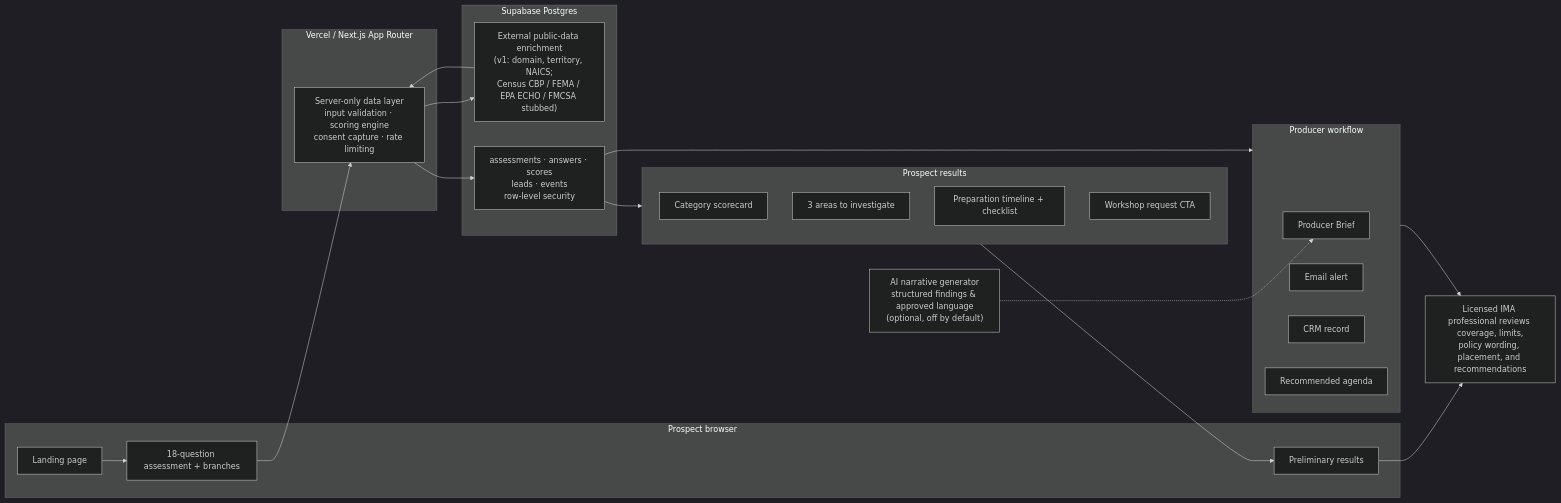
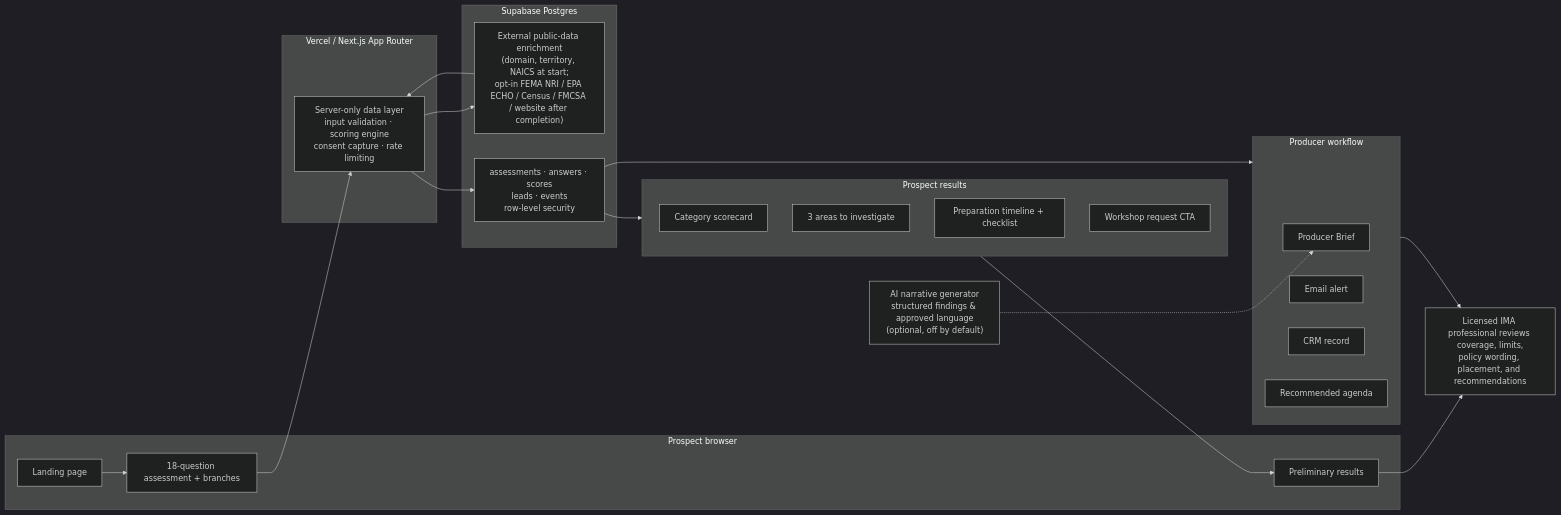
One commit to mitchell-lisa/IMA changed the diagram in docs/architecture.md. Above: the diagram before and after it, drawn with Mermaid (dark theme). The commit also changed other lines of this file and 18 other files, not shown here.

First line of the commit message:
Add opt-in public-data enrichment providers per the enrichment source table

````diff
--- a/docs/architecture.md
+++ b/docs/architecture.md
@@ -5,45 +5,45 @@
 ```mermaid
 flowchart LR
   subgraph Browser["Prospect browser"]
     L[Landing page]
     A[18-question assessment + branches]
     P[Preliminary results]
   end
 
   subgraph Next["Vercel / Next.js App Router"]
     DAL["Server-only data layer<br/>input validation · scoring engine<br/>consent capture · rate limiting"]
   end
 
   subgraph Data["Supabase Postgres"]
     DB["assessments · answers · scores<br/>leads · events<br/>row-level security"]
-    ENR["External public-data enrichment<br/>(v1: domain, territory, NAICS;<br/>Census CBP / FEMA / EPA ECHO / FMCSA stubbed)"]
+    ENR["External public-data enrichment<br/>(domain, territory, NAICS at start;<br/>opt-in FEMA NRI / EPA ECHO / Census / FMCSA / website after completion)"]
   end
 
   AI["AI narrative generator<br/>structured findings & approved language<br/>(optional, off by default)"]
 
   subgraph Results["Prospect results"]
     R1[Category scorecard]
     R2[3 areas to investigate]
     R3[Preparation timeline + checklist]
     R4[Workshop request CTA]
   end
 
   subgraph Producer["Producer workflow"]
     W1[Producer Brief]
     W2[Email alert]
     W3[CRM record]
     W4[Recommended agenda]
   end
 
   GATE["Licensed IMA professional reviews coverage, limits,<br/>policy wording, placement, and recommendations"]
 
   L --> A --> DAL
   DAL --> DB
   DAL --> ENR --> DAL
   DB --> Results
   DB --> Producer
   AI -.-> W1
   Results --> P
   Producer --> GATE
   P --> GATE
 ```
````
